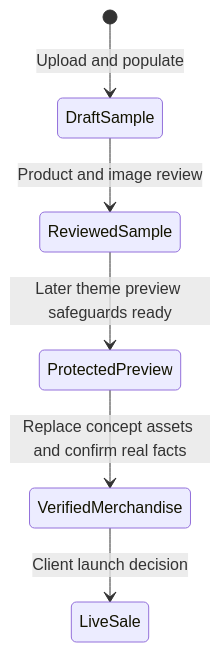
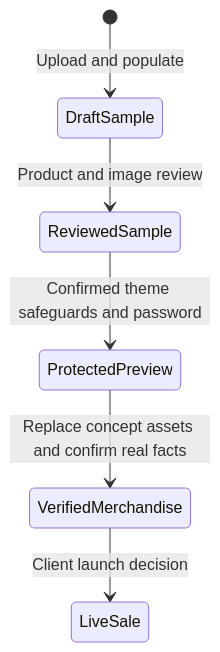
One commit to juppy-dev/tcpfbasics changed the second of 3 diagrams in docs/diagrams/shopify-data-model.md. Above: the diagram before and after it, drawn with Mermaid. The commit also changed other lines of this file and 7 other files, not shown here.

````diff
--- a/docs/diagrams/shopify-data-model.md
+++ b/docs/diagrams/shopify-data-model.md
@@ -26,8 +26,8 @@
 ```mermaid
 stateDiagram-v2
     [*] --> DraftSample: Upload and populate
     DraftSample --> ReviewedSample: Product and image review
-    ReviewedSample --> ProtectedPreview: Later theme preview safeguards ready
+    ReviewedSample --> ProtectedPreview: Confirmed theme safeguards and password
     ProtectedPreview --> VerifiedMerchandise: Replace concept assets and confirm real facts
     VerifiedMerchandise --> LiveSale: Client launch decision
 ```
````
